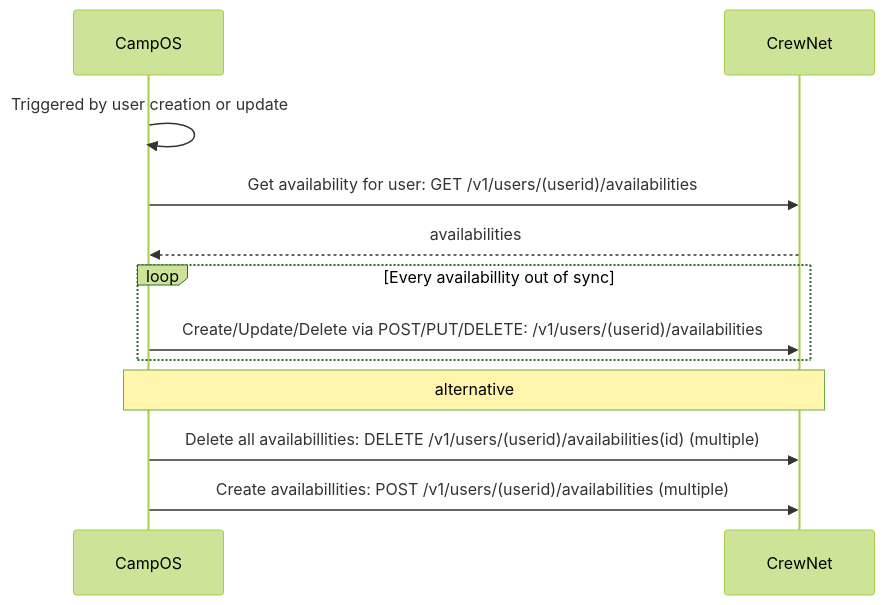
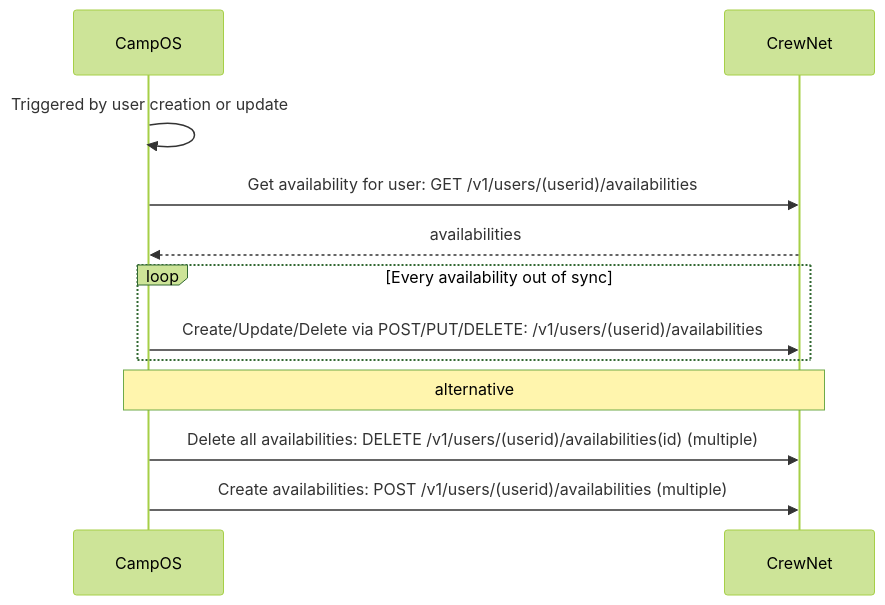
Before and after one commit to Spejderneslejr/crewnet-integration: the third of 6 diagrams in docs/flow.md, drawn with Mermaid (forest theme). The commit also changed other lines of this file, not shown here.

Commit message:
Add cli flows as well

````diff
--- a/docs/flow.md
+++ b/docs/flow.md
@@ -72,16 +77,16 @@
 ```mermaid
 sequenceDiagram
     participant campos as CampOS
     participant crewnet as CrewNet
 
 campos ->> campos: Triggered by user creation or update
 campos ->> crewnet: Get availability for user: GET /v1/users/(userid)/availabilities
 crewnet -->> campos: availabilities
-loop Every availabillity out of sync
-	campos ->> crewnet: Create/Update/Delete via POST/PUT/DELETE: /v1/users/(userid)/availabilities
+loop Every availability out of sync
+    campos ->> crewnet: Create/Update/Delete via POST/PUT/DELETE: /v1/users/(userid)/availabilities
 end
 note over campos, crewnet: alternative
-campos ->> crewnet: Delete all availabillities: DELETE /v1/users/(userid)/availabilities(id) (multiple)
-campos ->> crewnet: Create availabillities: POST /v1/users/(userid)/availabilities (multiple)
+campos ->> crewnet: Delete all availabilities: DELETE /v1/users/(userid)/availabilities(id) (multiple)
+campos ->> crewnet: Create availabilities: POST /v1/users/(userid)/availabilities (multiple)
 
 ```
````
